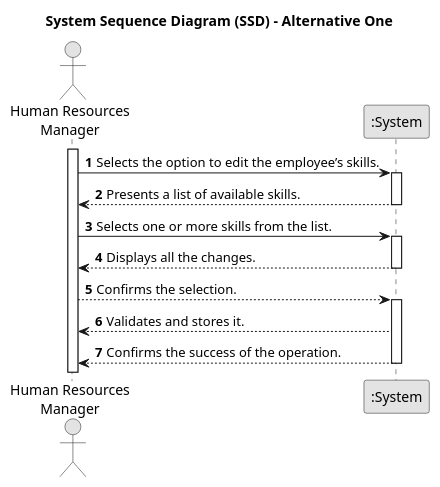
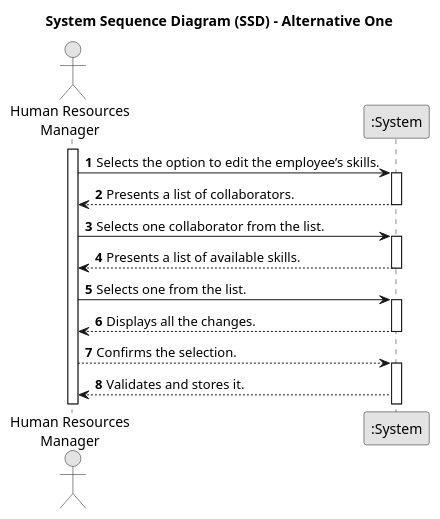
One commit to SAEmanuel/Green_Spaces_Management_ISEP changed the diagram in docs/sprintB/us004/01.requirements-engineering/puml/us004-system-sequence-diagram-alternative-one.puml. Above: the diagram before and after it, drawn with PlantUML.

Commit message:
US 04: Requirements SSD update

```diff
--- a/docs/sprintB/us004/01.requirements-engineering/puml/us004-system-sequence-diagram-alternative-one.puml
+++ b/docs/sprintB/us004/01.requirements-engineering/puml/us004-system-sequence-diagram-alternative-one.puml
@@ -1,40 +1,41 @@
 @startuml
 skinparam monochrome true
 skinparam packageStyle rectangle
 skinparam shadowing false
 
 title System Sequence Diagram (SSD) - Alternative One
 
 autonumber
 
 actor "Human Resources\nManager" as HRM
 participant ":System" as System
 
 activate HRM
 
 
      HRM -> System : Selects the option to edit the employee’s skills.
     activate System
 
+    System --> HRM : Presents a list of collaborators.
+        deactivate System
+
+    HRM -> System : Selects one collaborator from the list.
+         activate System
+
         System --> HRM : Presents a list of available skills.
     deactivate System
 
-        HRM -> System : Selects one or more skills from the list.
+        HRM -> System : Selects one from the list.
     activate System
 
     System --> HRM : Displays all the changes.
     deactivate System
 
     HRM --> System : Confirms the selection.
     activate System
 
     System --> HRM : Validates and stores it.
 
 
-    System --> HRM : Confirms the success of the operation.
-    deactivate System
-
-
-
 
 @enduml
```
